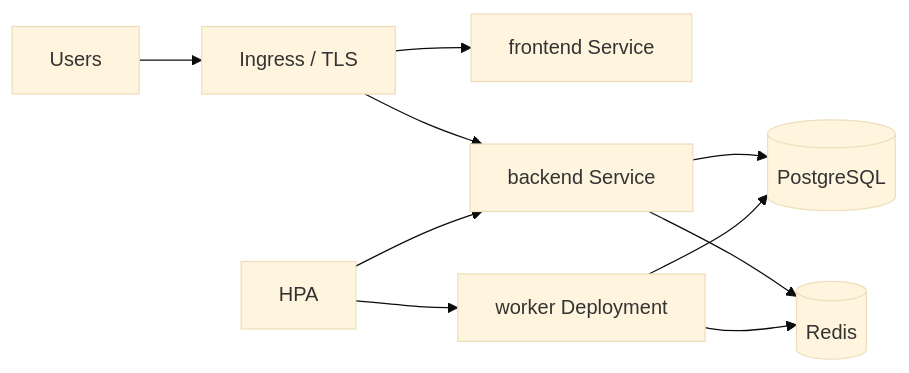
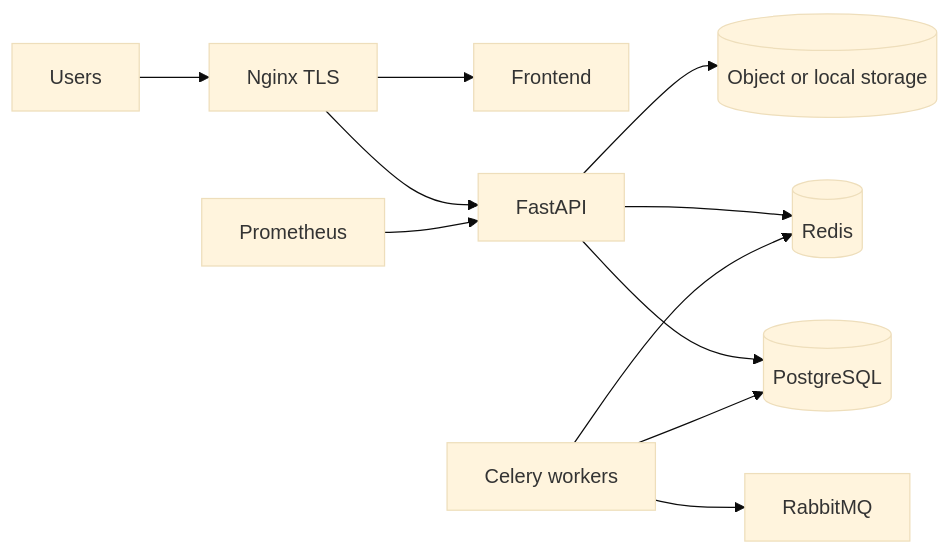
Before and after one commit to Aayush-Rasaily/AI-FOREG-An-AI-Multimodel-digital-forensic-and-Fraud-Detection-System-: the diagram in docs/deployment-guide.md, drawn with Mermaid (base theme). The commit also changed other lines of this file and 261 other files, not shown here.

````diff
--- a/docs/deployment-guide.md
+++ b/docs/deployment-guide.md
@@ -53,12 +47,13 @@
 ```mermaid
 flowchart LR
-  user[Users] --> ingress[Ingress / TLS]
-  ingress --> fe[frontend Service]
-  ingress --> api[backend Service]
+  users[Users] --> tls[Nginx TLS]
+  tls --> spa[Frontend]
+  tls --> api[FastAPI]
+  scrape[Prometheus] --> api
   api --> pg[(PostgreSQL)]
   api --> redis[(Redis)]
-  workers[worker Deployment] --> pg
+  workers[Celery workers] --> broker[RabbitMQ]
+  workers --> pg
   workers --> redis
-  hpa[HPA] --> api
-  hpa --> workers
+  api --> store[(Object or local storage)]
 ```
````
